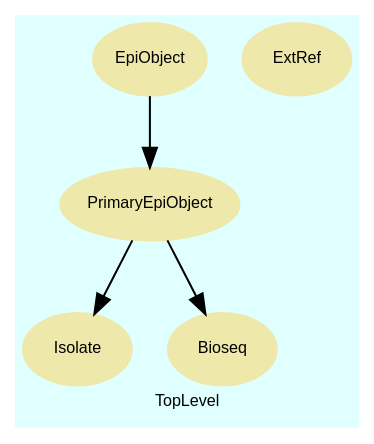
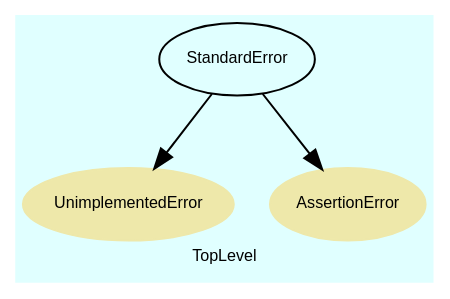
One commit to agapow/rb-epi-dev changed the diagram in doc/dot/f_3.dot. Above: the diagram before and after it, drawn with Graphviz. The commit also changed 103 other files, not shown here.

```diff
--- a/doc/dot/f_3.dot
+++ b/doc/dot/f_3.dot
@@ -1,70 +1,44 @@
 digraph TopLevel {
     compound = true
     bgcolor = lightcyan1
     fontname = Arial
     fontsize = 8
     label = "TopLevel"
     node [
         fontname = Arial,
         fontsize = 8,
         color = black
     ]
 
-    Isolate [
+    UnimplementedError [
         fontcolor = black,
-        URL = "classes/Isolate.html",
+        URL = "classes/UnimplementedError.html",
         shape = ellipse,
         color = palegoldenrod,
         style = filled,
-        label = "Isolate"
+        label = "UnimplementedError"
     ]
 
-    Bioseq [
+    AssertionError [
         fontcolor = black,
-        URL = "classes/Bioseq.html",
+        URL = "classes/AssertionError.html",
         shape = ellipse,
         color = palegoldenrod,
         style = filled,
-        label = "Bioseq"
+        label = "AssertionError"
     ]
 
-    PrimaryEpiObject [
-        fontcolor = black,
-        URL = "classes/PrimaryEpiObject.html",
-        shape = ellipse,
-        color = palegoldenrod,
-        style = filled,
-        label = "PrimaryEpiObject"
+    StandardError [
+        URL = "classes/StandardError.html",
+        label = "StandardError"
     ]
 
-    ExtRef [
-        fontcolor = black,
-        URL = "classes/ExtRef.html",
-        shape = ellipse,
-        color = palegoldenrod,
-        style = filled,
-        label = "ExtRef"
-    ]
-
-    EpiObject [
-        fontcolor = black,
-        URL = "classes/EpiObject.html",
-        shape = ellipse,
-        color = palegoldenrod,
-        style = filled,
-        label = "EpiObject"
-    ]
-
-    PrimaryEpiObject -> Isolate [
+    StandardError -> UnimplementedError [
 
     ]
 
-    PrimaryEpiObject -> Bioseq [
-
-    ]
-
-    EpiObject -> PrimaryEpiObject [
+    StandardError -> AssertionError [
 
     ]
 
 }
```
